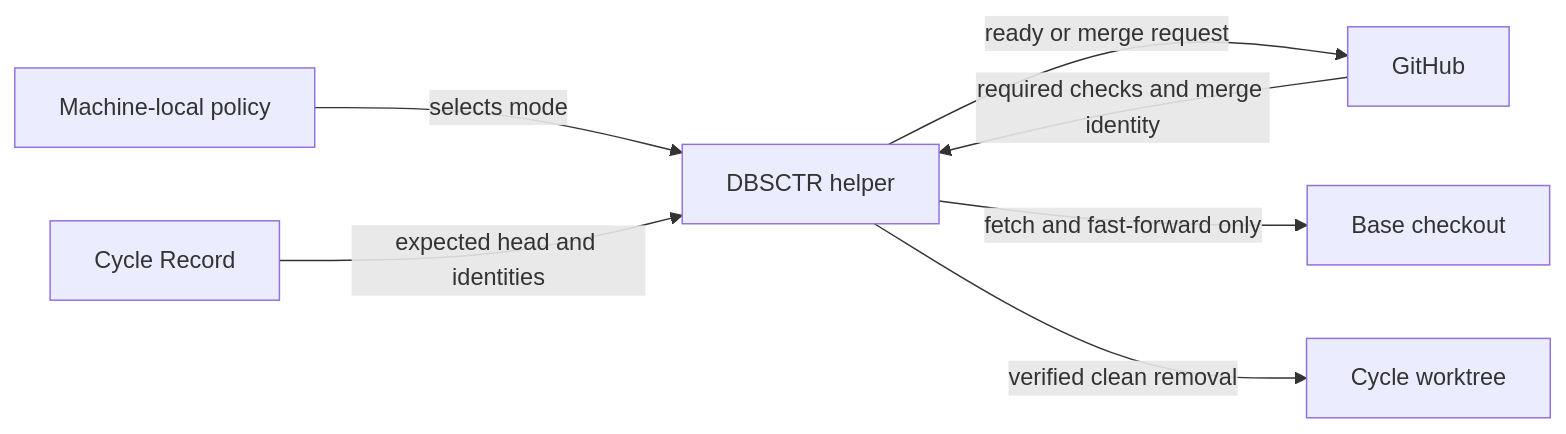
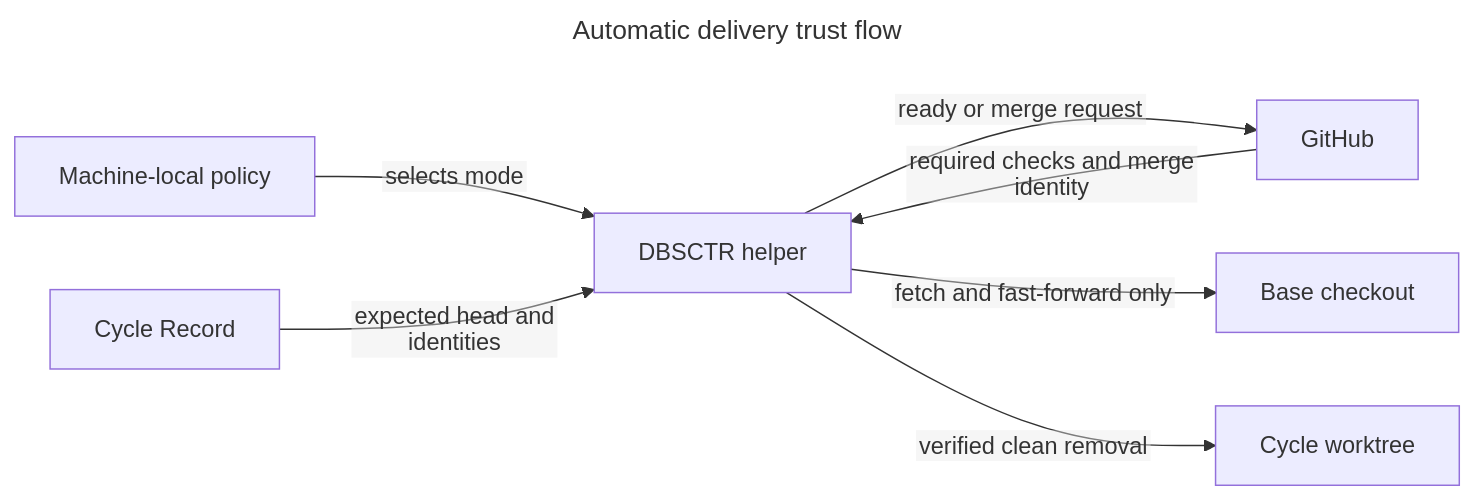
One commit to Saltiola7/dotfiles-ai changed the first of 2 diagrams in docs/specs/dbsctr_v3_lifecycle/features/automatic-delivery.md. Above: the diagram before and after it, drawn with Mermaid. The commit also changed other lines of this file, not shown here.

Commit message:
docs(lifecycle): label delivery diagrams

````diff
--- a/docs/specs/dbsctr_v3_lifecycle/features/automatic-delivery.md
+++ b/docs/specs/dbsctr_v3_lifecycle/features/automatic-delivery.md
@@ -148,9 +148,17 @@
 ```mermaid
+---
+title: Automatic delivery trust flow
+config:
+  flowchart:
+    htmlLabels: false
+---
 flowchart LR
+  accTitle: Automatic delivery trust flow
+  accDescr: Machine-local policy and Cycle Record identity constrain DBSCTR requests to GitHub before safe base synchronization and cycle worktree cleanup.
   P[Machine-local policy] -->|selects mode| D[DBSCTR helper]
   C[Cycle Record] -->|expected head and identities| D
   D -->|ready or merge request| G[GitHub]
   G -->|required checks and merge identity| D
   D -->|fetch and fast-forward only| B[Base checkout]
   D -->|verified clean removal| W[Cycle worktree]
 ```
````
